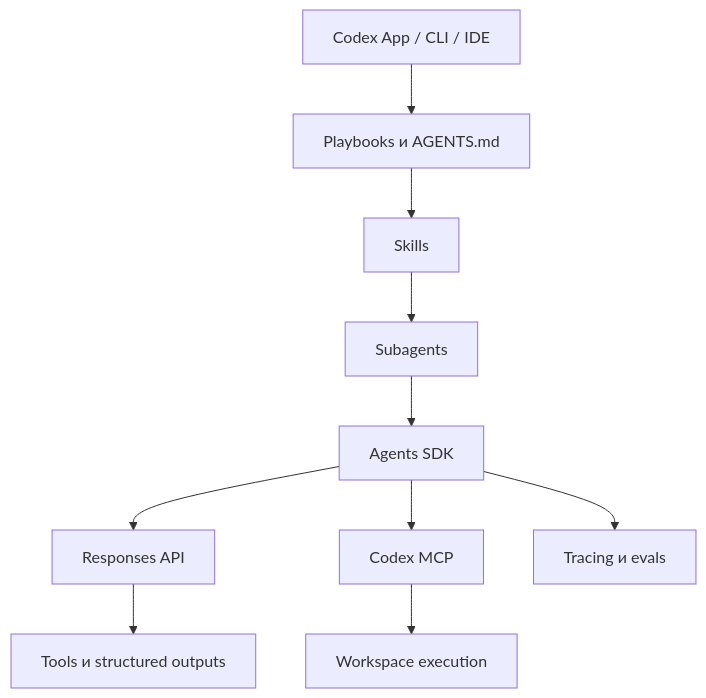
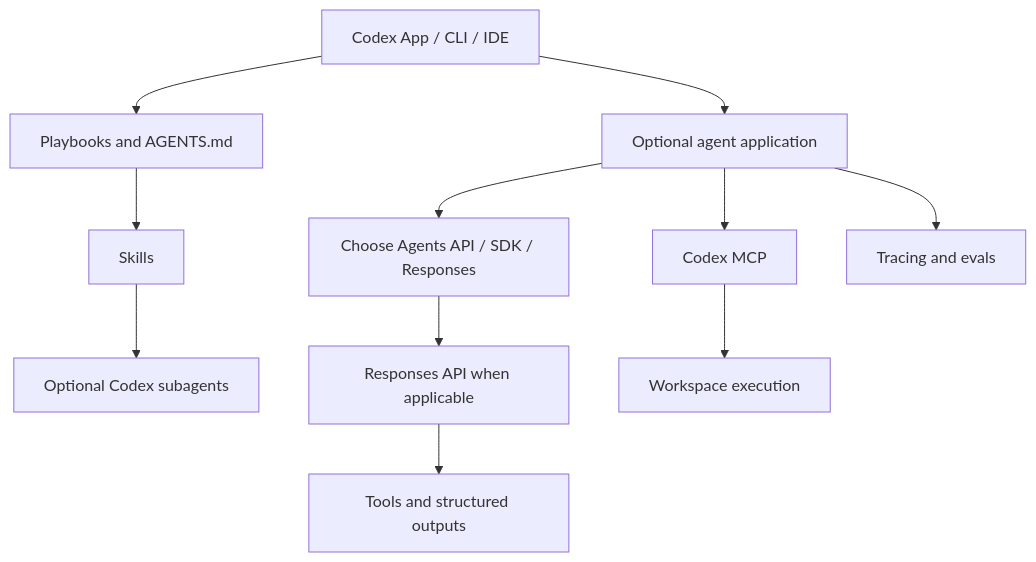
One commit to alexroadcaster/product-agent-os changed the third of 5 diagrams in docs/diagrams/architecture.md. Above: the diagram before and after it, drawn with Mermaid. The commit also changed other lines of this file and 560 other files, not shown here.

````diff
--- a/docs/diagrams/architecture.md
+++ b/docs/diagrams/architecture.md
@@ -50,12 +50,13 @@
 ```mermaid
 flowchart TD
-    C["Codex App / CLI / IDE"] --> P["Playbooks и AGENTS.md"]
+    C["Codex App / CLI / IDE"] --> P["Playbooks and AGENTS.md"]
     P --> S["Skills"]
-    S --> SA["Subagents"]
-    SA --> ASDK["Agents SDK"]
-    ASDK --> RAPI["Responses API"]
+    S --> SA["Optional Codex subagents"]
+    C --> ASDK["Optional agent application"]
+    ASDK --> CHOICE["Choose Agents API / SDK / Responses"]
+    CHOICE --> RAPI["Responses API when applicable"]
     ASDK --> MCP["Codex MCP"]
-    RAPI --> TOOLS["Tools и structured outputs"]
+    RAPI --> TOOLS["Tools and structured outputs"]
     MCP --> WS["Workspace execution"]
-    ASDK --> TR["Tracing и evals"]
+    ASDK --> TR["Tracing and evals"]
 ```
````
